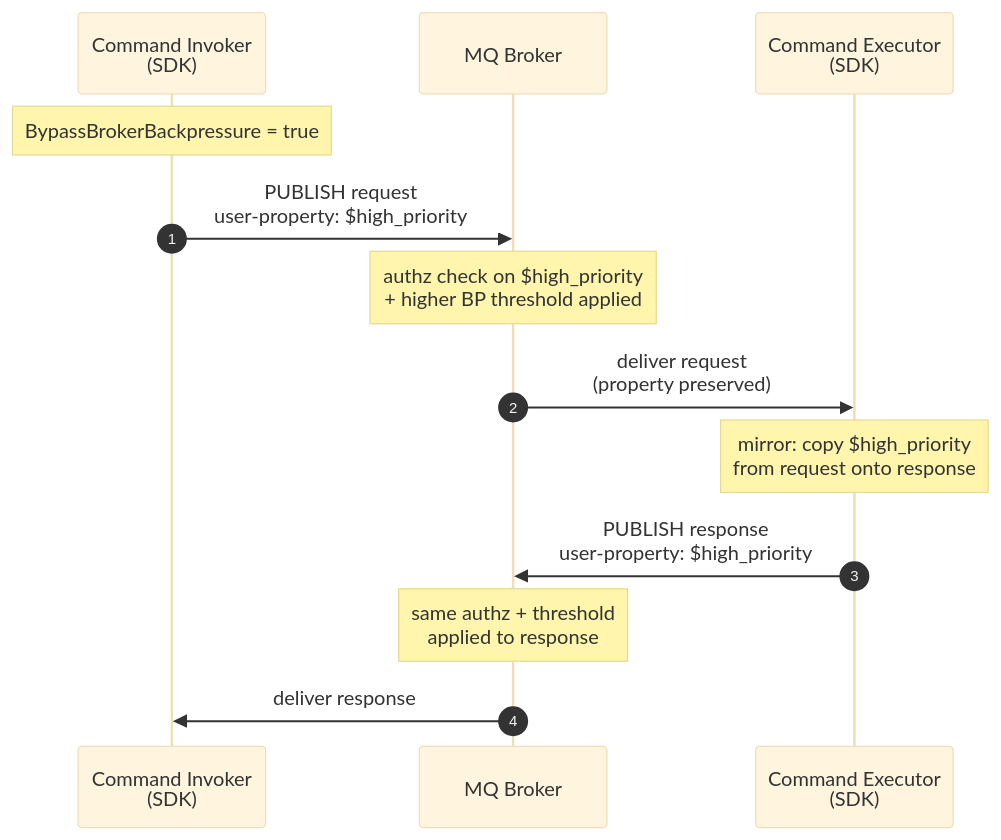
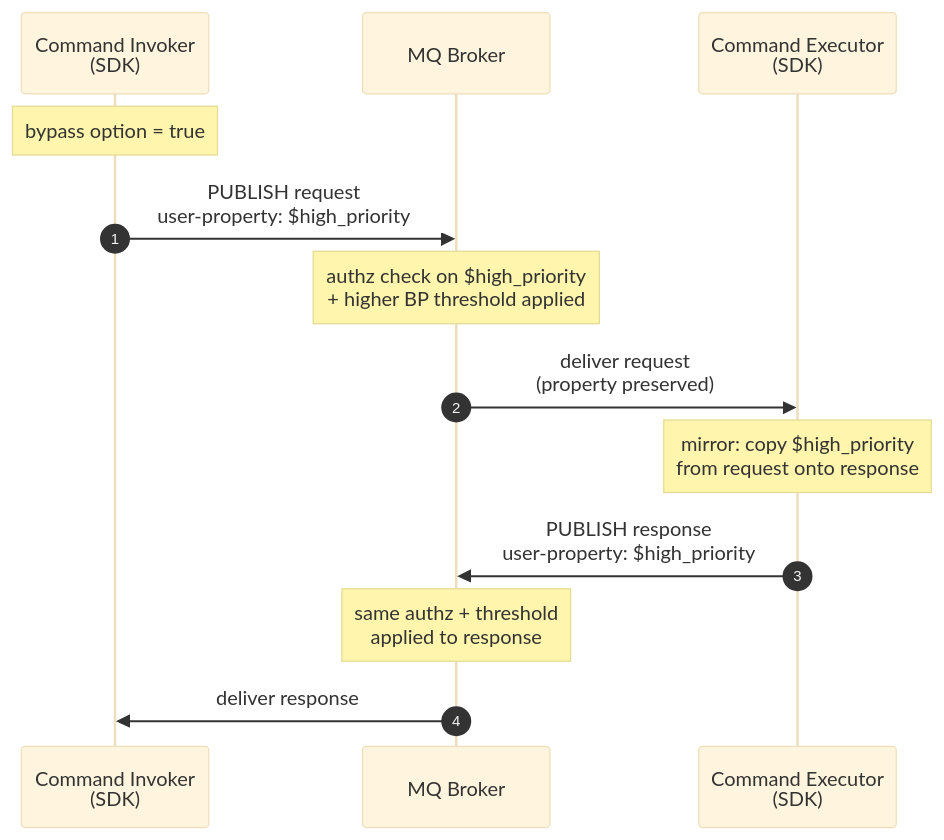
Before and after one commit to Azure/iot-operations-sdks: the diagram in doc/dev/adr/0031-backpressure-bypass.md, drawn with Mermaid (base theme). The commit also changed other lines of this file, not shown here.

Commit message:
Refine ADR 31: Clarify SDK behavior and naming for MQ Backpressure Bypass

````diff
--- a/doc/dev/adr/0031-backpressure-bypass.md
+++ b/doc/dev/adr/0031-backpressure-bypass.md
@@ -30,17 +30,17 @@
 ```mermaid
 sequenceDiagram
     autonumber
     participant Inv as Command Invoker<br/>(SDK)
     participant Brk as MQ Broker
     participant Exe as Command Executor<br/>(SDK)
 
-    Note over Inv: BypassBrokerBackpressure = true
+    Note over Inv: bypass option = true
     Inv->>Brk: PUBLISH request<br/>user-property: $high_priority
     Note over Brk: authz check on $high_priority<br/>+ higher BP threshold applied
     Brk->>Exe: deliver request<br/>(property preserved)
 
     Note over Exe: mirror: copy $high_priority<br/>from request onto response
     Exe->>Brk: PUBLISH response<br/>user-property: $high_priority
     Note over Brk: same authz + threshold<br/>applied to response
     Brk->>Inv: deliver response
 ```
````
